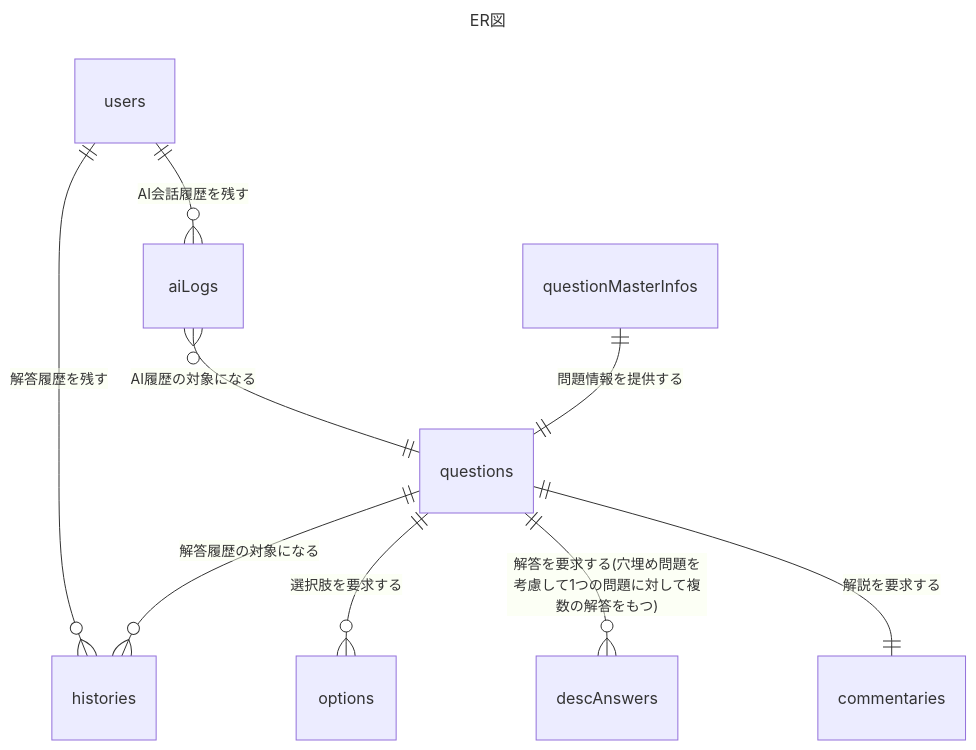
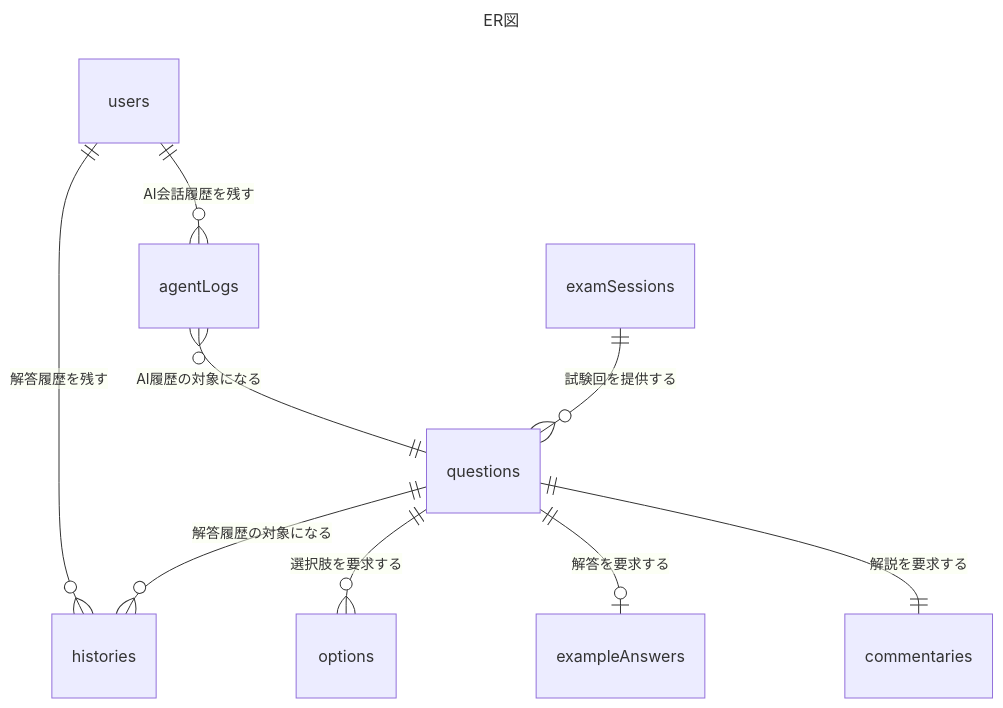
One commit to yutomoritajp/dbspec-mondou changed the diagram in docs/要件定義書.md. Above: the diagram before and after it, drawn with Mermaid. The commit also changed other lines of this file and 1 other file, not shown here.

````diff
--- a/docs/要件定義書.md
+++ b/docs/要件定義書.md
@@ -285,14 +285,14 @@
 ```mermaid
 ---
 title: "ER図"
 ---
 erDiagram
     users ||--o{ histories : "解答履歴を残す"
-    users ||--o{ aiLogs : "AI会話履歴を残す"
-    aiLogs }o--|| questions : "AI履歴の対象になる"
-    questionMasterInfos ||--|| questions : "問題情報を提供する"
+    users ||--o{ agentLogs : "AI会話履歴を残す"
+    agentLogs }o--|| questions : "AI履歴の対象になる"
+    examSessions ||--o{ questions : "試験回を提供する"
     questions ||--o{ histories : "解答履歴の対象になる"
     questions ||--o{ options : "選択肢を要求する"
-    questions ||--o{ descAnswers : "解答を要求する(穴埋め問題を考慮して1つの問題に対して複数の解答をもつ)"
+    questions ||--o| exampleAnswers : "解答を要求する"
     questions ||--|| commentaries : "解説を要求する"
 ```
````
